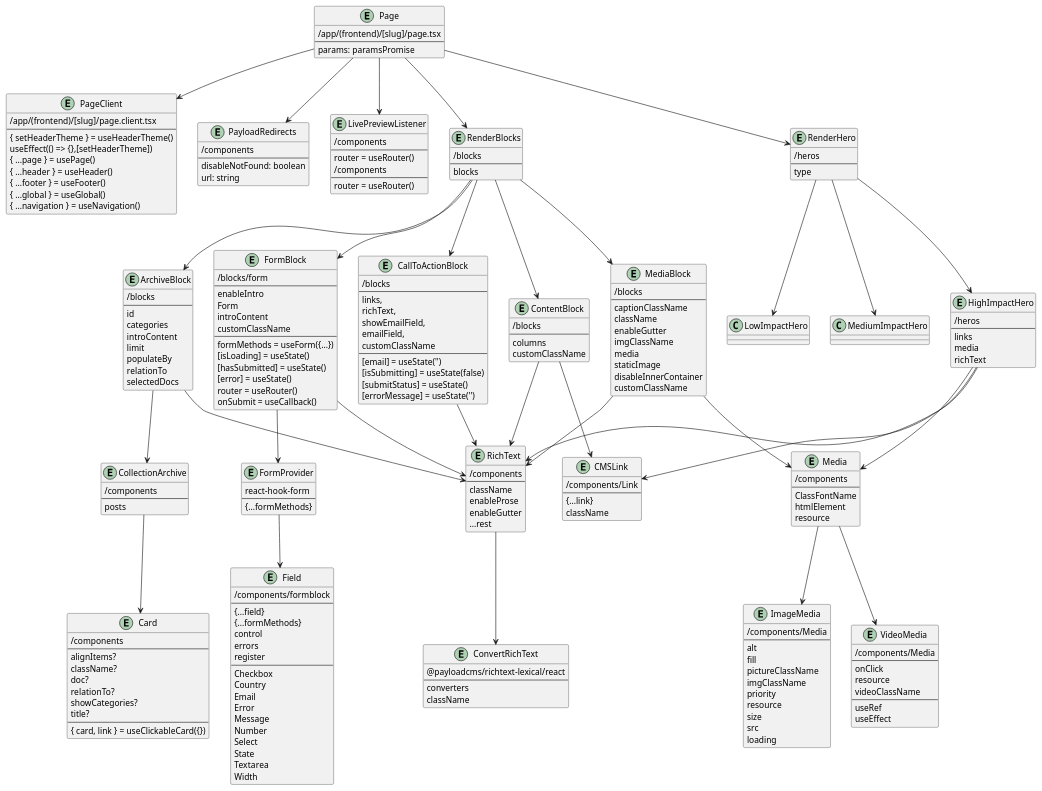
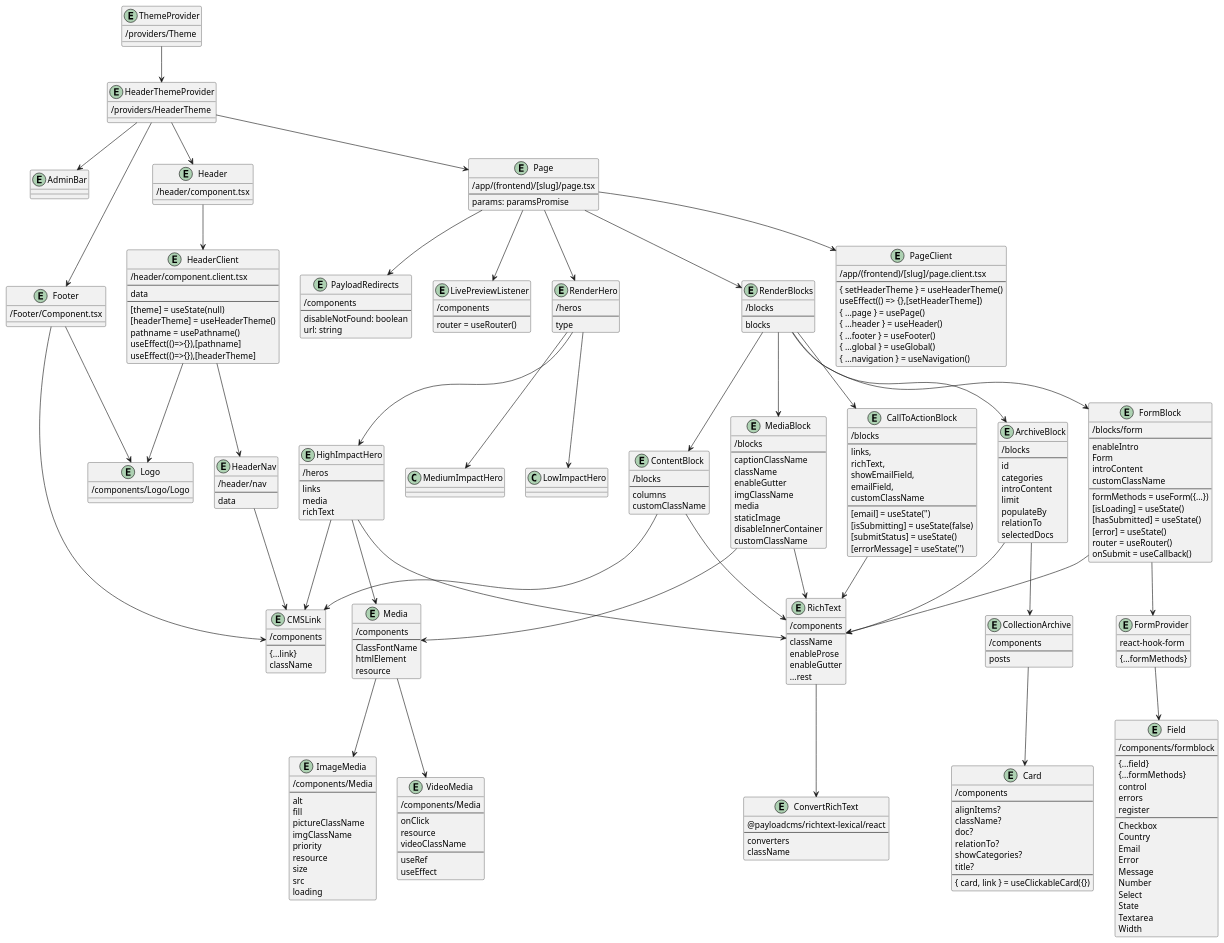
Before and after one commit to luklambrechts/d20250814payload: the diagram in documentation/homepage.puml, drawn with PlantUML.

Commit message:
update puml diagram

```diff
--- a/documentation/homepage.puml
+++ b/documentation/homepage.puml
@@ -1,4 +1,36 @@
 @startuml homepage
+entity HeaderThemeProvider {
+  /providers/HeaderTheme
+}
+entity ThemeProvider {
+  /providers/Theme
+}
+entity AdminBar {}
+entity Header {
+  /header/component.tsx
+}
+entity HeaderClient {
+  /header/component.client.tsx
+  --
+  data
+  --
+  [theme] = useState(null)
+  [headerTheme] = useHeaderTheme()
+  pathname = usePathname()
+  useEffect(()=>{}),[pathname]
+  useEffect(()=>{}),[headerTheme]
+}
+entity Logo {
+  /components/Logo/Logo
+}
+entity HeaderNav {
+  /header/nav
+  --
+  data
+}
+entity Footer {
+  /Footer/Component.tsx
+}
 entity Page {
   /app/(frontend)/[slug]/page.tsx
   --
@@ -20,11 +52,6 @@
   --
   disableNotFound: boolean
   url: string
-}
-entity LivePreviewListener {
-  /components
-  --
-  router = useRouter()
 }
 entity LivePreviewListener {
   /components
@@ -91,7 +118,7 @@
   selectedDocs
 }
 entity CMSLink {
-  /components/Link
+  /components
   --
   {...link}
   className
@@ -199,7 +226,17 @@
   Textarea
   Width
 }
-
+ThemeProvider --> HeaderThemeProvider
+HeaderThemeProvider --> Header
+HeaderThemeProvider --> Footer
+HeaderThemeProvider --> Page
+HeaderThemeProvider --> AdminBar
+Header --> HeaderClient
+HeaderClient --> Logo
+HeaderClient --> HeaderNav
+HeaderNav --> CMSLink
+Footer --> Logo
+Footer --> CMSLink
 
 Page --> PageClient
 Page --> PayloadRedirects
```
